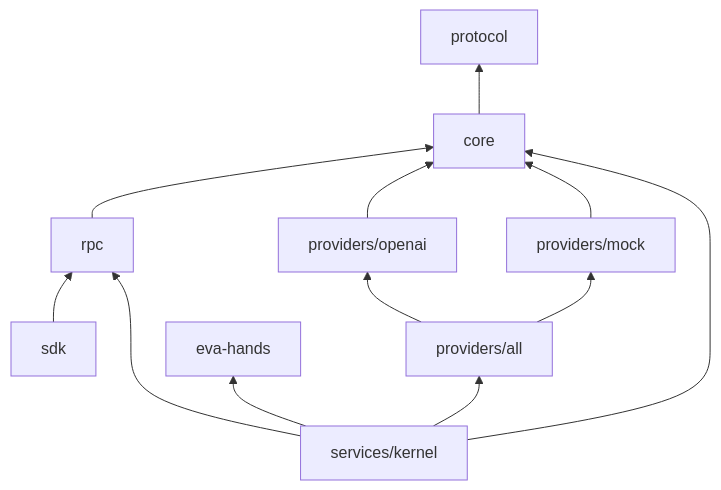
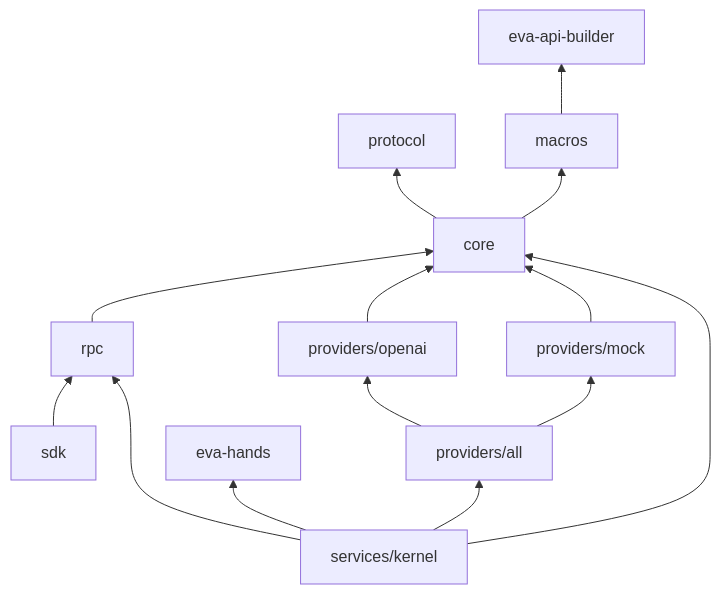
The second of 3 diagrams in docs/src/architecture.md (eva-rs/kernel), drawn with Mermaid before and after one commit. The commit also changed other lines of this file and 13 other files, not shown here.

First line of the commit message:
Документация переезда на eva-api-builder

````diff
--- a/docs/src/architecture.md
+++ b/docs/src/architecture.md
@@ -44,14 +45,16 @@
 ```mermaid
 flowchart BT
   core --> protocol
+  core --> macros
+  macros --> builder["eva-api-builder"]
   rpc --> core
   openai["providers/openai"] --> core
   mock["providers/mock"] --> core
   all["providers/all"] --> openai
   all --> mock
   sdk --> rpc
   kernel["services/kernel"] --> core
   kernel --> rpc
   kernel --> all
   kernel --> hands["eva-hands"]
 ```
````
